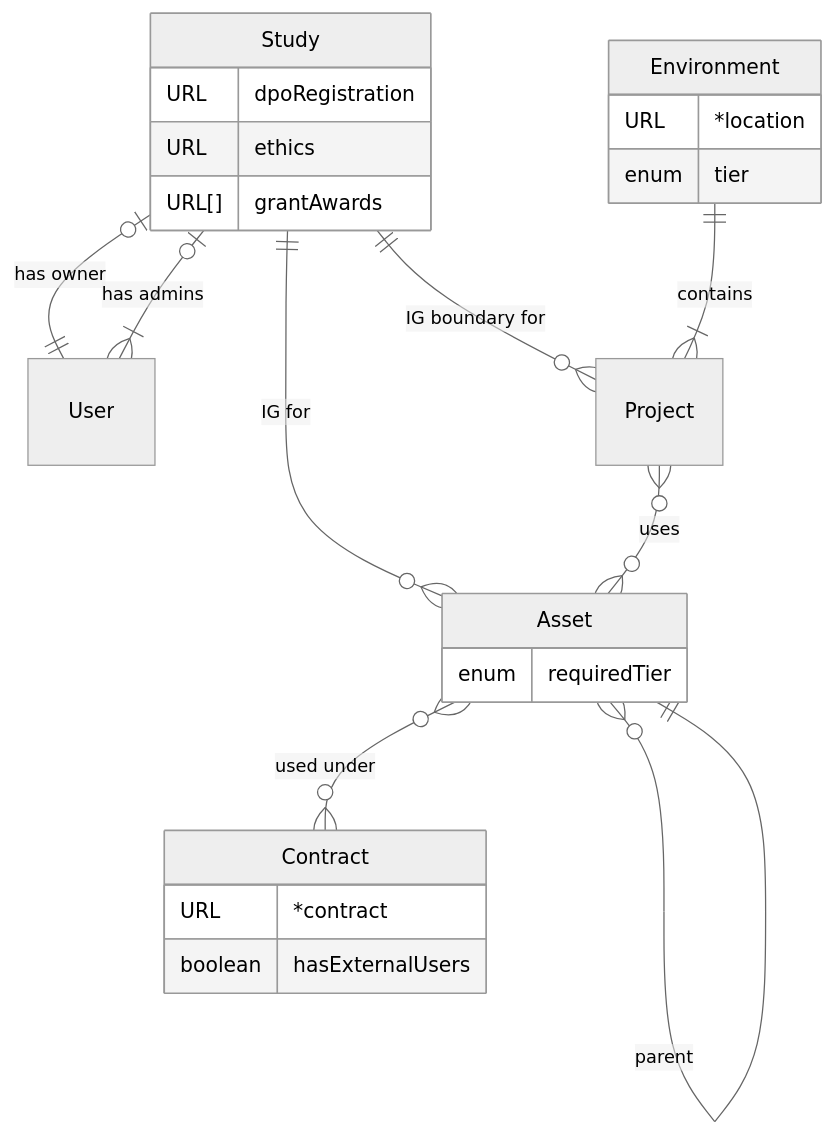
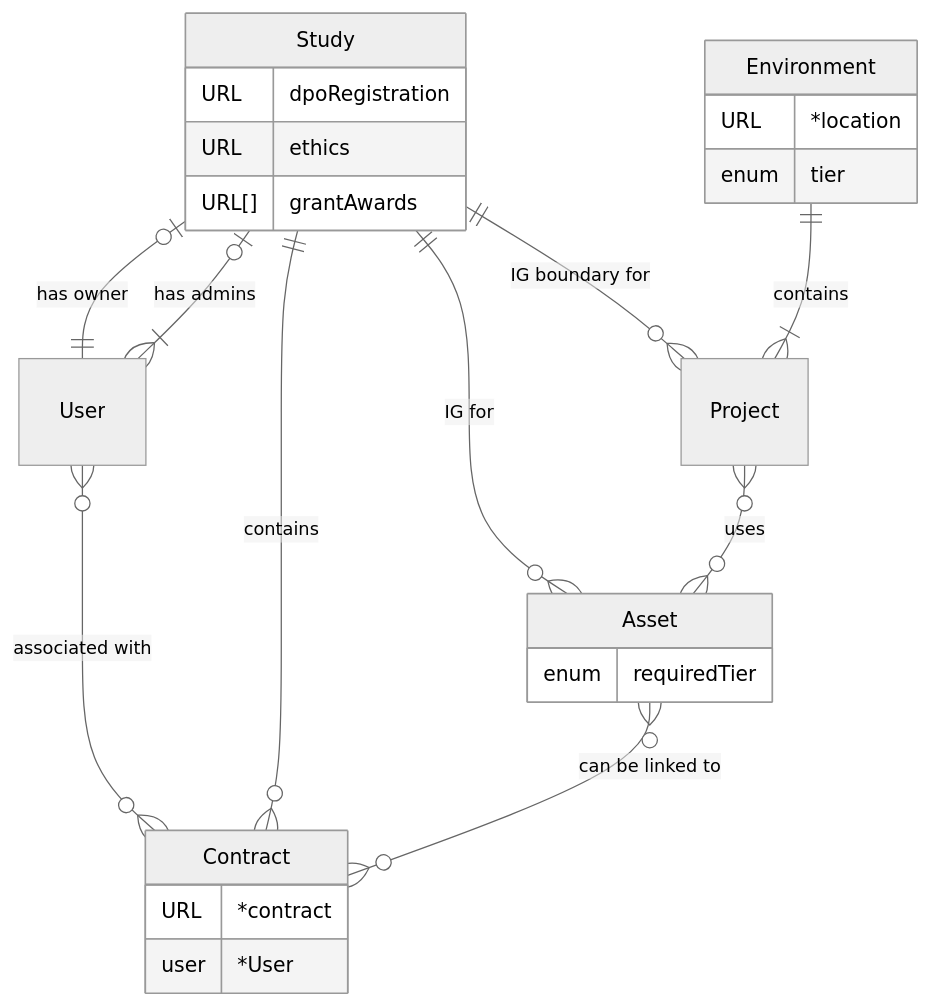
One commit to ucl-arc-tre/portal changed the diagram in docs/High-Level_Design.md. Above: the diagram before and after it, drawn with Mermaid (neutral theme). The commit also changed 2 other files, not shown here.

Commit message:
changing contract relation to asset + study + user

````diff
--- a/docs/High-Level_Design.md
+++ b/docs/High-Level_Design.md
@@ -95,28 +95,30 @@
 ```mermaid
 erDiagram
-User
+User }o--o{ Contract:"associated with"
 Study {
     URL dpoRegistration
     URL ethics
     URL[] grantAwards
 }
 Study |o--|| User : "has owner"
 Study |o--|{ User : "has admins"
 Asset {
     enum requiredTier
 }
 Study ||--o{ Asset : "IG for"
-Asset }o--|| Asset : parent
-Contract {
+Study ||--o{ Contract : "contains"
+Contract{
     URL *contract
-    boolean hasExternalUsers
+    user *User
 }
-Asset }o--o{ Contract : "used under"
+
+
+Asset }o--o{ Contract : "can be linked to"
 Study ||--o{ Project : "IG boundary for"
 Project }o--o{ Asset : uses
 Environment {
     URL *location
     enum tier
 }
 Environment ||--|{ Project : contains
 ```
````
